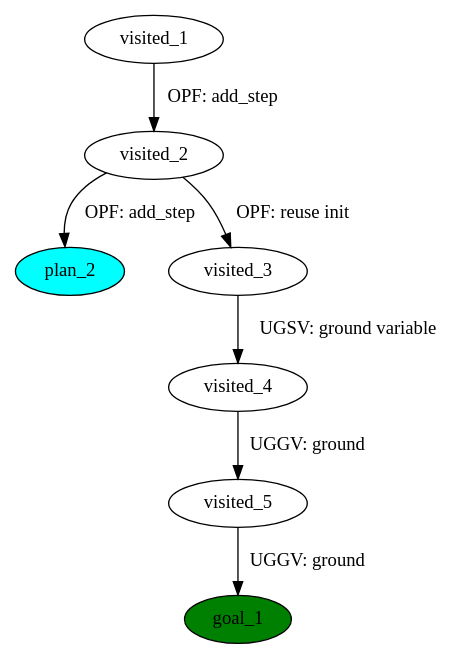
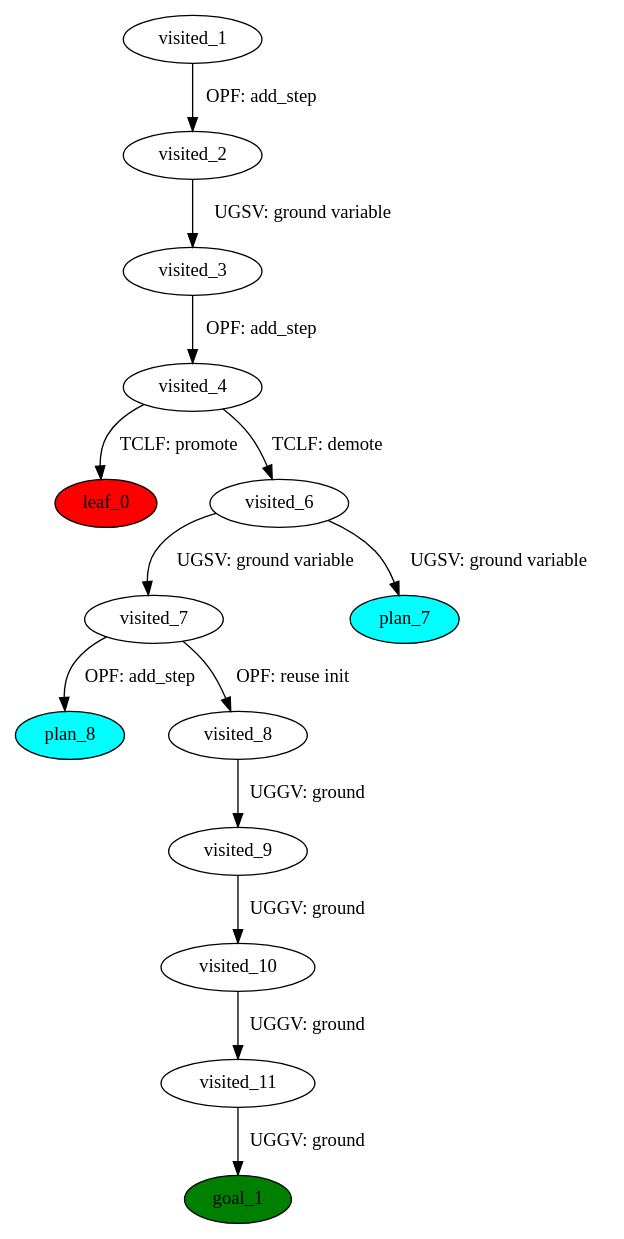
The diagram in plans/manipulation-domain/test_35_problem-plangraph.dot (PetervDooren/PyDPOCL), drawn with Graphviz before and after one commit. The commit also changed 799 other files, not shown here.

```diff
--- a/plans/manipulation-domain/test_35_problem-plangraph.dot
+++ b/plans/manipulation-domain/test_35_problem-plangraph.dot
@@ -1,22 +1,43 @@
 digraph {
-	"ede9b67f-2991-424e-d068-998f70595f4b" [label=plan_0 fillcolor=cyan style=filled]
-	"ede9b67f-2991-424e-d068-998f70595f4b" [label=visited_1 fillcolor=white style=filled]
-	"e3c3cdc6-12b9-8a79-2c12-d42406d08f5c" [label=plan_1 fillcolor=cyan style=filled]
-	"ede9b67f-2991-424e-d068-998f70595f4b" -> "e3c3cdc6-12b9-8a79-2c12-d42406d08f5c" [label="OPF: add_step"]
-	"e3c3cdc6-12b9-8a79-2c12-d42406d08f5c" [label=visited_2 fillcolor=white style=filled]
-	"c42eb83e-fc63-30de-622b-d1ea5bff04ad" [label=plan_2 fillcolor=cyan style=filled]
-	"e3c3cdc6-12b9-8a79-2c12-d42406d08f5c" -> "c42eb83e-fc63-30de-622b-d1ea5bff04ad" [label="OPF: add_step"]
-	"1980de61-b893-76e5-9d25-386f90b4e432" [label=plan_3 fillcolor=cyan style=filled]
-	"e3c3cdc6-12b9-8a79-2c12-d42406d08f5c" -> "1980de61-b893-76e5-9d25-386f90b4e432" [label="OPF: reuse init"]
-	"1980de61-b893-76e5-9d25-386f90b4e432" [label=visited_3 fillcolor=white style=filled]
-	"ca612392-0b42-506b-9156-a4bb31031fa0" [label=plan_4 fillcolor=cyan style=filled]
-	"1980de61-b893-76e5-9d25-386f90b4e432" -> "ca612392-0b42-506b-9156-a4bb31031fa0" [label="UGSV: ground variable"]
-	"ca612392-0b42-506b-9156-a4bb31031fa0" [label=visited_4 fillcolor=white style=filled]
-	"0eebfa49-52fe-75f2-6b30-dd5564650b74" [label=plan_5 fillcolor=cyan style=filled]
-	"ca612392-0b42-506b-9156-a4bb31031fa0" -> "0eebfa49-52fe-75f2-6b30-dd5564650b74" [label="UGGV: ground"]
-	"0eebfa49-52fe-75f2-6b30-dd5564650b74" [label=visited_5 fillcolor=white style=filled]
-	"87e5fd7d-83d0-4ee6-6723-d9bbbc78d32b" [label=plan_6 fillcolor=cyan style=filled]
-	"0eebfa49-52fe-75f2-6b30-dd5564650b74" -> "87e5fd7d-83d0-4ee6-6723-d9bbbc78d32b" [label="UGGV: ground"]
-	"87e5fd7d-83d0-4ee6-6723-d9bbbc78d32b" [label=visited_6 fillcolor=white style=filled]
-	"87e5fd7d-83d0-4ee6-6723-d9bbbc78d32b" [label=goal_1 fillcolor=green style=filled]
+	"e72f3acb-a16c-b5eb-874a-abc61e9c4a25" [label=plan_0 fillcolor=cyan style=filled]
+	"e72f3acb-a16c-b5eb-874a-abc61e9c4a25" [label=visited_1 fillcolor=white style=filled]
+	"a61b4f74-fc43-263f-7235-554c31b04656" [label=plan_1 fillcolor=cyan style=filled]
+	"e72f3acb-a16c-b5eb-874a-abc61e9c4a25" -> "a61b4f74-fc43-263f-7235-554c31b04656" [label="OPF: add_step"]
+	"a61b4f74-fc43-263f-7235-554c31b04656" [label=visited_2 fillcolor=white style=filled]
+	"0d5d17d6-224f-854e-6341-d5ec3bdb75c0" [label=plan_2 fillcolor=cyan style=filled]
+	"a61b4f74-fc43-263f-7235-554c31b04656" -> "0d5d17d6-224f-854e-6341-d5ec3bdb75c0" [label="UGSV: ground variable"]
+	"0d5d17d6-224f-854e-6341-d5ec3bdb75c0" [label=visited_3 fillcolor=white style=filled]
+	"ff83457c-fde6-44af-180a-ec23fc43664e" [label=plan_3 fillcolor=cyan style=filled]
+	"0d5d17d6-224f-854e-6341-d5ec3bdb75c0" -> "ff83457c-fde6-44af-180a-ec23fc43664e" [label="OPF: add_step"]
+	"ff83457c-fde6-44af-180a-ec23fc43664e" [label=visited_4 fillcolor=white style=filled]
+	"5d5e1495-312d-02d5-546d-de048b124792" [label=plan_4 fillcolor=cyan style=filled]
+	"ff83457c-fde6-44af-180a-ec23fc43664e" -> "5d5e1495-312d-02d5-546d-de048b124792" [label="TCLF: promote"]
+	"bd73563b-311d-a4ca-11aa-593b970283b3" [label=plan_5 fillcolor=cyan style=filled]
+	"ff83457c-fde6-44af-180a-ec23fc43664e" -> "bd73563b-311d-a4ca-11aa-593b970283b3" [label="TCLF: demote"]
+	"5d5e1495-312d-02d5-546d-de048b124792" [label=visited_5 fillcolor=white style=filled]
+	"5d5e1495-312d-02d5-546d-de048b124792" [label=leaf_0 fillcolor=red style=filled]
+	"bd73563b-311d-a4ca-11aa-593b970283b3" [label=visited_6 fillcolor=white style=filled]
+	"2fca9013-812b-9528-ed18-f9035961be8b" [label=plan_6 fillcolor=cyan style=filled]
+	"bd73563b-311d-a4ca-11aa-593b970283b3" -> "2fca9013-812b-9528-ed18-f9035961be8b" [label="UGSV: ground variable"]
+	"7f74740a-3fe7-888c-6da3-1410ac6ffdca" [label=plan_7 fillcolor=cyan style=filled]
+	"bd73563b-311d-a4ca-11aa-593b970283b3" -> "7f74740a-3fe7-888c-6da3-1410ac6ffdca" [label="UGSV: ground variable"]
+	"2fca9013-812b-9528-ed18-f9035961be8b" [label=visited_7 fillcolor=white style=filled]
+	"48280c5f-bbd3-b56a-e2fc-ec9fe892cb44" [label=plan_8 fillcolor=cyan style=filled]
+	"2fca9013-812b-9528-ed18-f9035961be8b" -> "48280c5f-bbd3-b56a-e2fc-ec9fe892cb44" [label="OPF: add_step"]
+	"8dbae5d1-214f-fcb9-c302-7332329ba54b" [label=plan_9 fillcolor=cyan style=filled]
+	"2fca9013-812b-9528-ed18-f9035961be8b" -> "8dbae5d1-214f-fcb9-c302-7332329ba54b" [label="OPF: reuse init"]
+	"8dbae5d1-214f-fcb9-c302-7332329ba54b" [label=visited_8 fillcolor=white style=filled]
+	"c325105c-a4a1-a661-2862-665584cfcb10" [label=plan_10 fillcolor=cyan style=filled]
+	"8dbae5d1-214f-fcb9-c302-7332329ba54b" -> "c325105c-a4a1-a661-2862-665584cfcb10" [label="UGGV: ground"]
+	"c325105c-a4a1-a661-2862-665584cfcb10" [label=visited_9 fillcolor=white style=filled]
+	"b41fbb64-2ede-f019-9e67-e1a7399d1a8b" [label=plan_11 fillcolor=cyan style=filled]
+	"c325105c-a4a1-a661-2862-665584cfcb10" -> "b41fbb64-2ede-f019-9e67-e1a7399d1a8b" [label="UGGV: ground"]
+	"b41fbb64-2ede-f019-9e67-e1a7399d1a8b" [label=visited_10 fillcolor=white style=filled]
+	"51d3d008-751a-1a69-d7b0-9caab3157055" [label=plan_12 fillcolor=cyan style=filled]
+	"b41fbb64-2ede-f019-9e67-e1a7399d1a8b" -> "51d3d008-751a-1a69-d7b0-9caab3157055" [label="UGGV: ground"]
+	"51d3d008-751a-1a69-d7b0-9caab3157055" [label=visited_11 fillcolor=white style=filled]
+	"3413fdca-c6c9-dbf1-17b9-91e84e625a5b" [label=plan_13 fillcolor=cyan style=filled]
+	"51d3d008-751a-1a69-d7b0-9caab3157055" -> "3413fdca-c6c9-dbf1-17b9-91e84e625a5b" [label="UGGV: ground"]
+	"3413fdca-c6c9-dbf1-17b9-91e84e625a5b" [label=visited_12 fillcolor=white style=filled]
+	"3413fdca-c6c9-dbf1-17b9-91e84e625a5b" [label=goal_1 fillcolor=green style=filled]
 }
```
